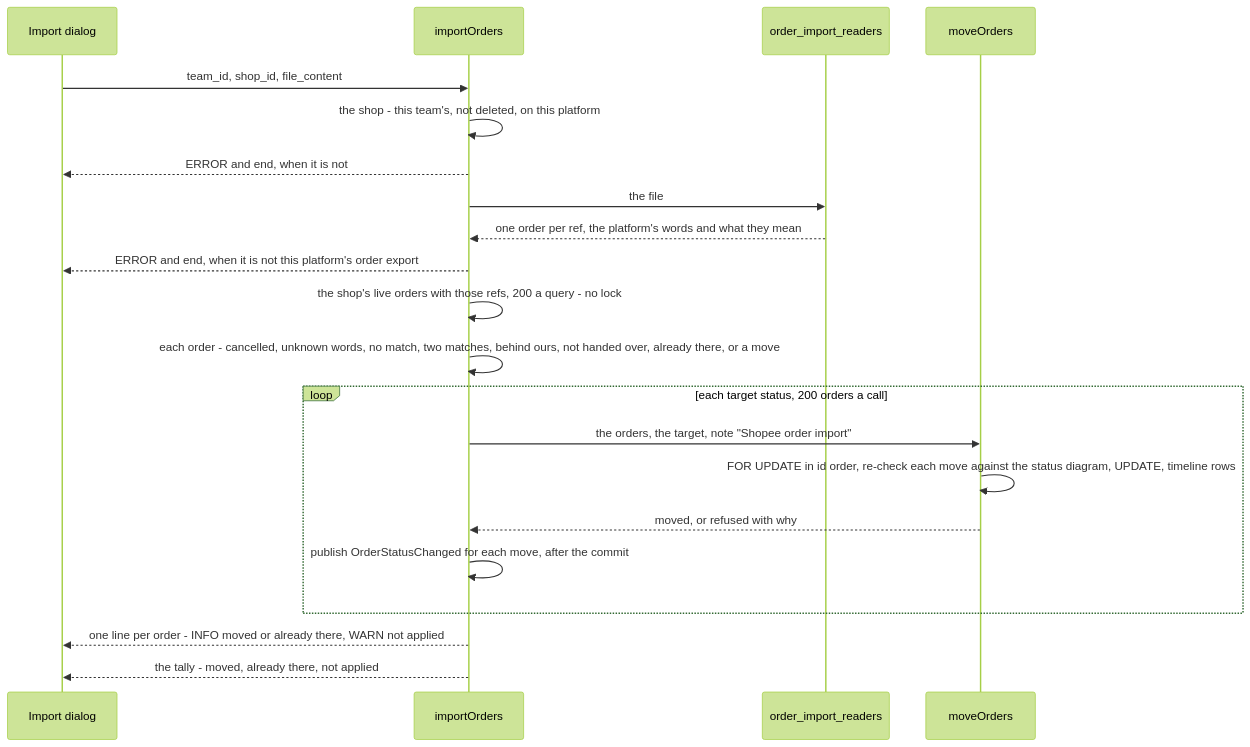
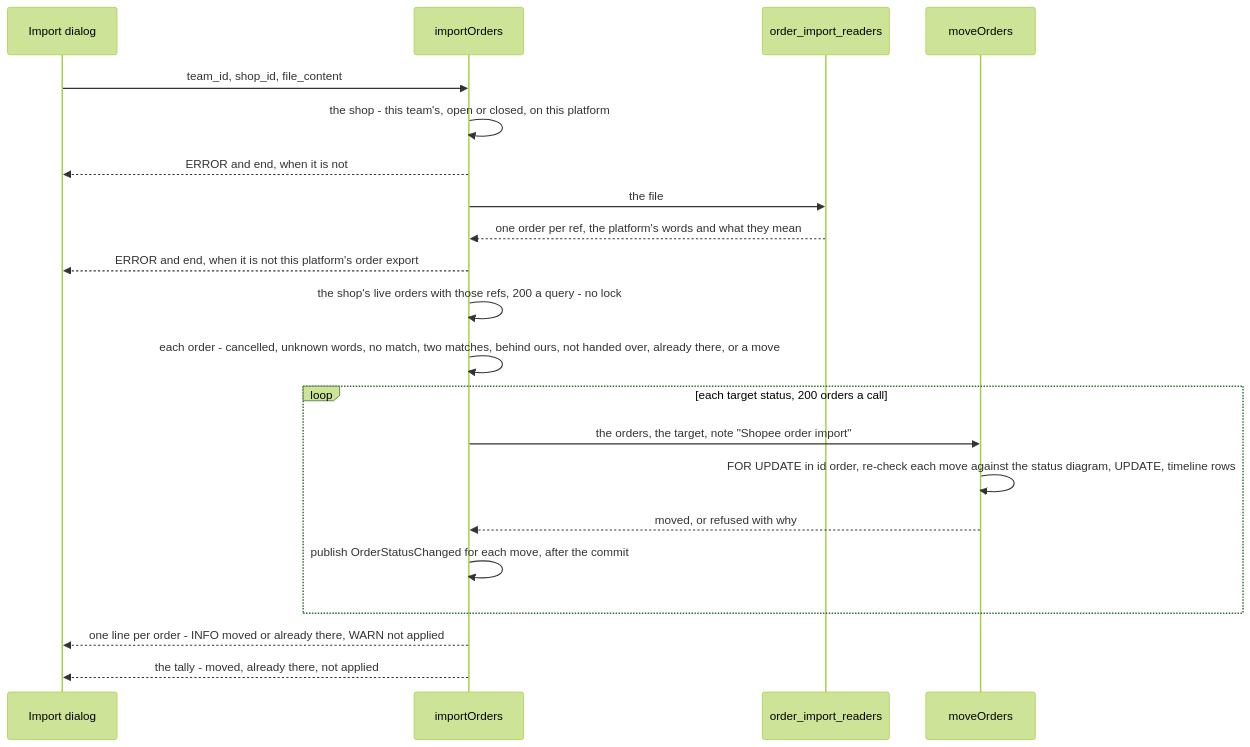
One commit to pdcgo/warehouse_revamp changed diagram 27 of 27 in docs/services/selling_service/rpc.md. Above: the diagram before and after it, drawn with Mermaid (forest theme). The commit also changed other lines of this file and 89 other files, not shown here.

````diff
--- a/docs/services/selling_service/rpc.md
+++ b/docs/services/selling_service/rpc.md
@@ -1272,23 +1306,23 @@
 ```mermaid
 sequenceDiagram
   participant fe as Import dialog
   participant imp as importOrders
   participant rd as order_import_readers
   participant mv as moveOrders
   fe->>imp: team_id, shop_id, file_content
-  imp->>imp: the shop - this team's, not deleted, on this platform
+  imp->>imp: the shop - this team's, open or closed, on this platform
   imp-->>fe: ERROR and end, when it is not
   imp->>rd: the file
   rd-->>imp: one order per ref, the platform's words and what they mean
   imp-->>fe: ERROR and end, when it is not this platform's order export
   imp->>imp: the shop's live orders with those refs, 200 a query - no lock
   imp->>imp: each order - cancelled, unknown words, no match, two matches, behind ours, not handed over, already there, or a move
   loop each target status, 200 orders a call
     imp->>mv: the orders, the target, note "Shopee order import"
     mv->>mv: FOR UPDATE in id order, re-check each move against the status diagram, UPDATE, timeline rows
     mv-->>imp: moved, or refused with why
     imp->>imp: publish OrderStatusChanged for each move, after the commit
   end
   imp-->>fe: one line per order - INFO moved or already there, WARN not applied
   imp-->>fe: the tally - moved, already there, not applied
 ```
````
